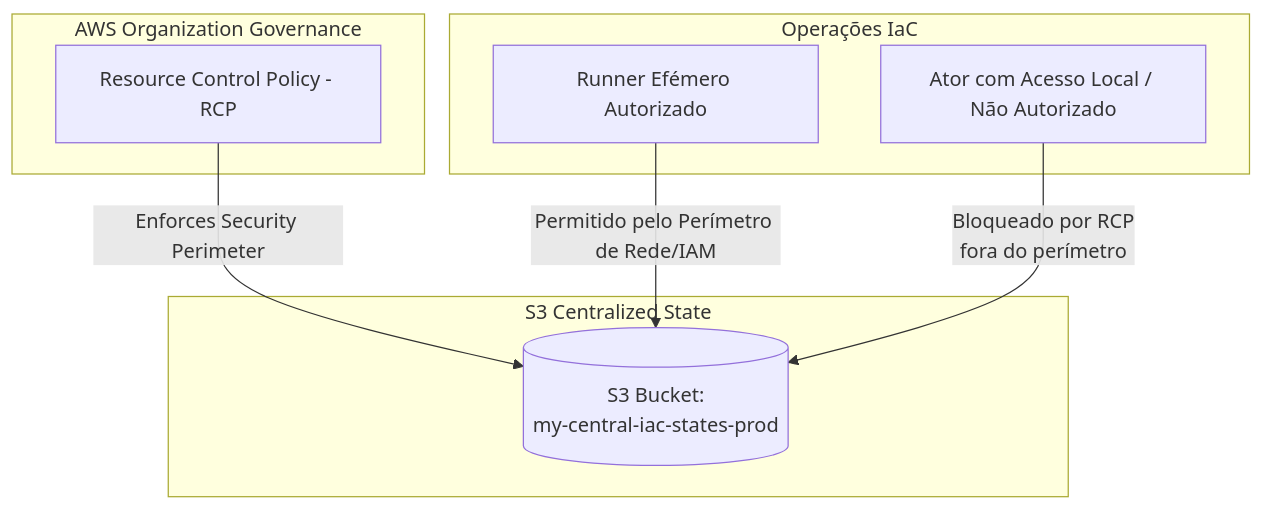
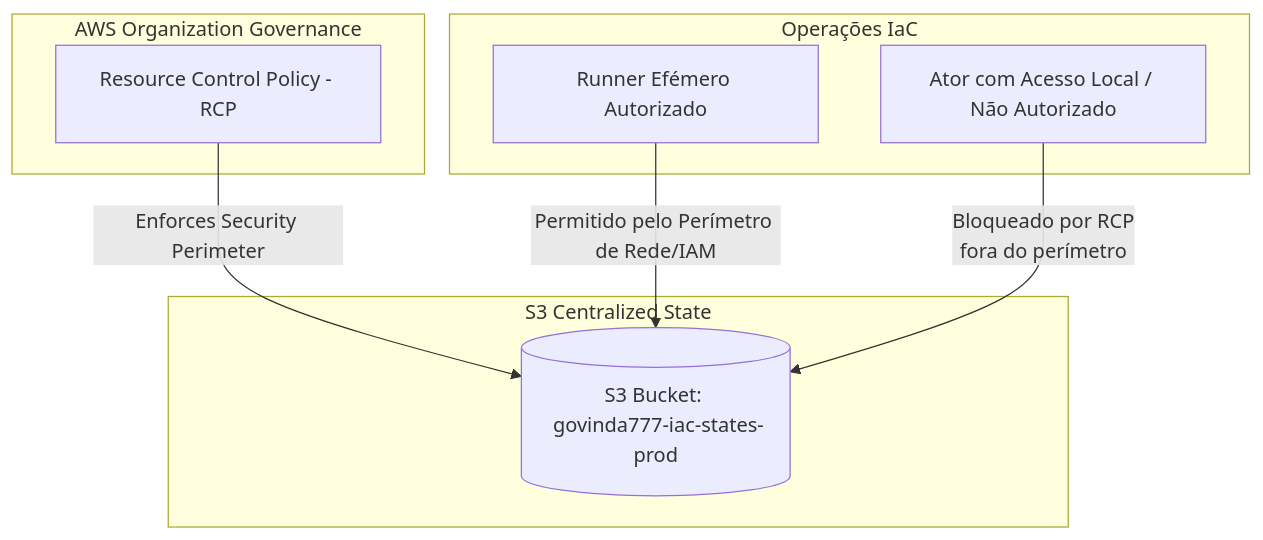
One commit to govinda777/iac-engine changed the third of 4 diagrams in README.md. Above: the diagram before and after it, drawn with Mermaid. The commit also changed other lines of this file and 1 other file, not shown here.

First line of the commit message:
docs: refactor and align documentation with real iac-engine repository settings

````diff
--- a/README.md
+++ b/README.md
@@ -279,19 +297,19 @@
 ```mermaid
 graph TD
     subgraph Organization_Governance [AWS Organization Governance]
         RCP[Resource Control Policy - RCP]
     end
 
     subgraph State_Storage [S3 Centralized State]
-        Bucket[(S3 Bucket: <br> my-central-iac-states-prod)]
+        Bucket[(S3 Bucket: <br> govinda777-iac-states-prod)]
     end
 
     subgraph Operations [Operações IaC]
         Runner[Runner Efémero Autorizado]
         MaliciousActor[Ator com Acesso Local / Não Autorizado]
     end
 
     RCP -->|Enforces Security Perimeter| Bucket
     Runner -->|Permitido pelo Perímetro de Rede/IAM| Bucket
     MaliciousActor -->|Bloqueado por RCP <br> fora do perímetro| Bucket
 ```
````
